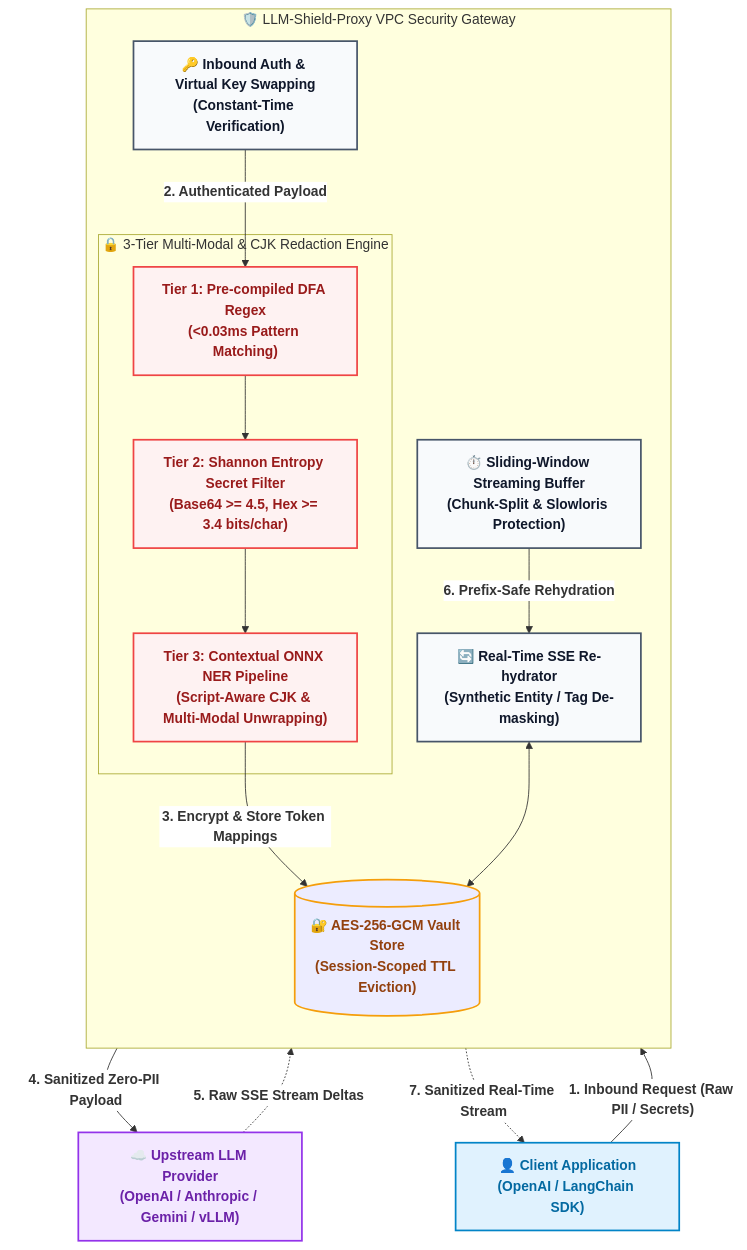
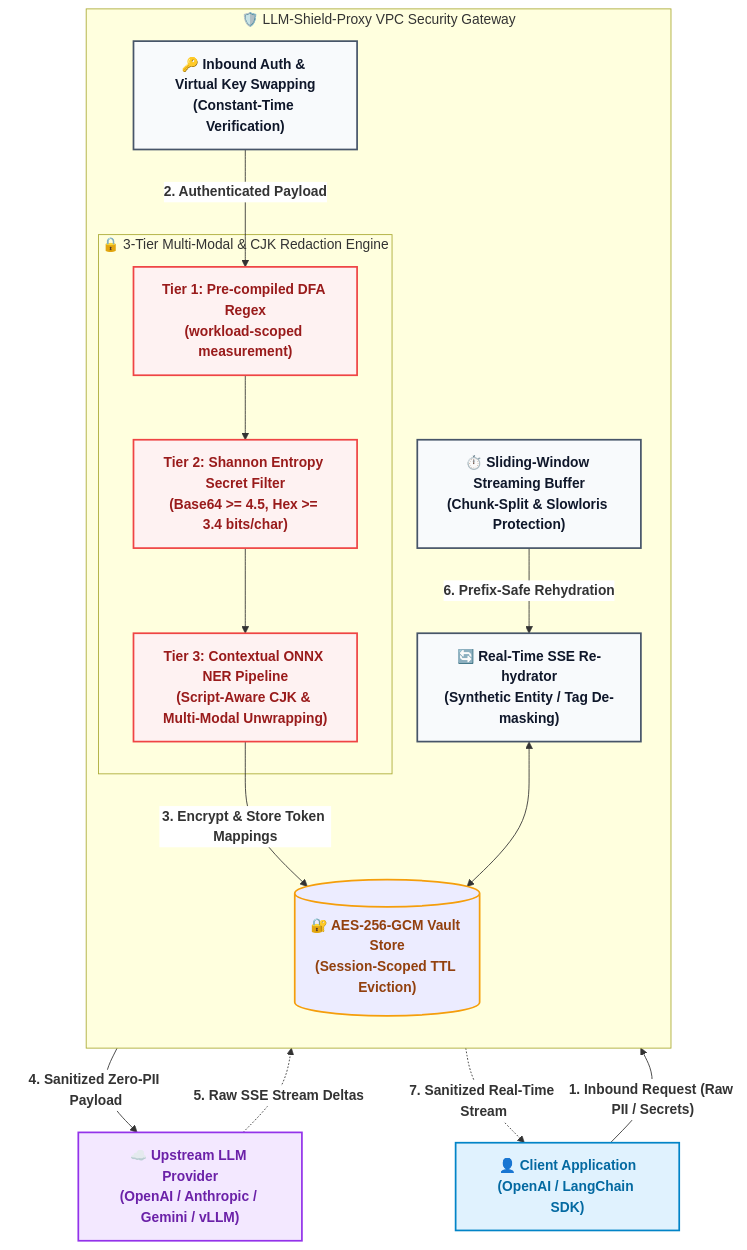
The diagram in website/docs/architecture.mmd (ninadphalak/LLM-Shield-Proxy), drawn with Mermaid before and after one commit. The commit also changed 103 other files, not shown here.

```diff
--- a/website/docs/architecture.mmd
+++ b/website/docs/architecture.mmd
@@ -1,39 +1,39 @@
 %%{init: {'themeVariables': {'edgeLabelBackground': '#ffffff'}}}%%
 flowchart TD
     classDef client fill:#e0f2fe,stroke:#0284c7,stroke-width:2px,color:#0369a1,font-weight:bold;
     classDef proxyEngine fill:#f8fafc,stroke:#475569,stroke-width:2px,color:#0f172a,font-weight:bold;
     classDef piiSecurity fill:#fef2f2,stroke:#ef4444,stroke-width:2px,color:#991b1b,font-weight:bold;
     classDef vault fill:#fffbebe,stroke:#f59e0b,stroke-width:2px,color:#92400e,font-weight:bold;
     classDef upstream fill:#f3e8ff,stroke:#9333ea,stroke-width:2px,color:#6b21a8,font-weight:bold;
 
     UserApp["👤 Client Application\n(OpenAI / LangChain SDK)"]:::client
 
     subgraph SecurityMoat ["🛡️ LLM-Shield-Proxy VPC Security Gateway"]
         direction TD
         InboundAuth["🔑 Inbound Auth & Virtual Key Swapping\n(Constant-Time Verification)"]:::proxyEngine
 
         subgraph CascadeEngine ["🔒 3-Tier Multi-Modal & CJK Redaction Engine"]
-            Tier1["Tier 1: Pre-compiled DFA Regex\n(<0.03ms Pattern Matching)"]:::piiSecurity
+            Tier1["Tier 1: Pre-compiled DFA Regex\n(workload-scoped measurement)"]:::piiSecurity
             Tier2["Tier 2: Shannon Entropy Secret Filter\n(Base64 >= 4.5, Hex >= 3.4 bits/char)"]:::piiSecurity
             Tier3["Tier 3: Contextual ONNX NER Pipeline\n(Script-Aware CJK & Multi-Modal Unwrapping)"]:::piiSecurity
             Tier1 --> Tier2 --> Tier3
         end
 
         VaultStore[("🔐 AES-256-GCM Vault Store\n(Session-Scoped TTL Eviction)")]:::vault
         LookaheadBuffer["⏱️ Sliding-Window Streaming Buffer\n(Chunk-Split & Slowloris Protection)"]:::proxyEngine
         Rehydrator["🔄 Real-Time SSE Re-hydrator\n(Synthetic Entity / Tag De-masking)"]:::proxyEngine
     end
 
     UpstreamLLM["☁️ Upstream LLM Provider\n(OpenAI / Anthropic / Gemini / vLLM)"]:::upstream
 
     %% Inbound Request Flow
     UserApp -- "<b>1. Inbound Request (Raw PII / Secrets)</b>" --> InboundAuth
     InboundAuth -- "<b>2. Authenticated Payload</b>" --> Tier1
     Tier3 -- "<b>3. Encrypt & Store Token Mappings</b>" --> VaultStore
     Tier3 -- "<b>4. Sanitized Zero-PII Payload</b>" --> UpstreamLLM
 
     %% Outbound Response Flow
     UpstreamLLM -. "<b>5. Raw SSE Stream Deltas</b>" .-> LookaheadBuffer
     LookaheadBuffer -- "<b>6. Prefix-Safe Rehydration</b>" --> Rehydrator
     Rehydrator <--> VaultStore
     Rehydrator -. "<b>7. Sanitized Real-Time Stream</b>" .-> UserApp
```
